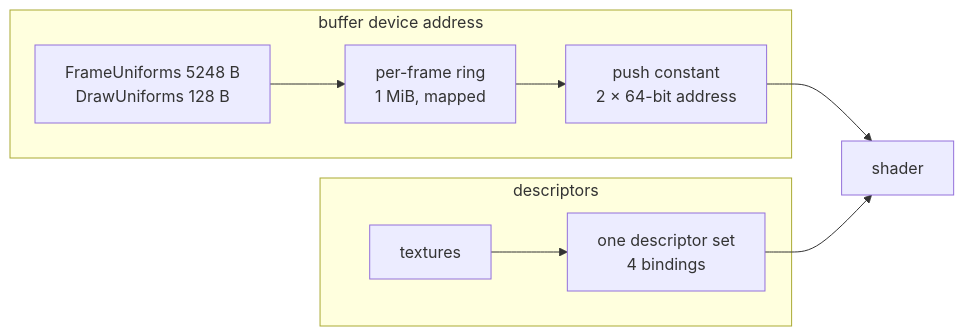
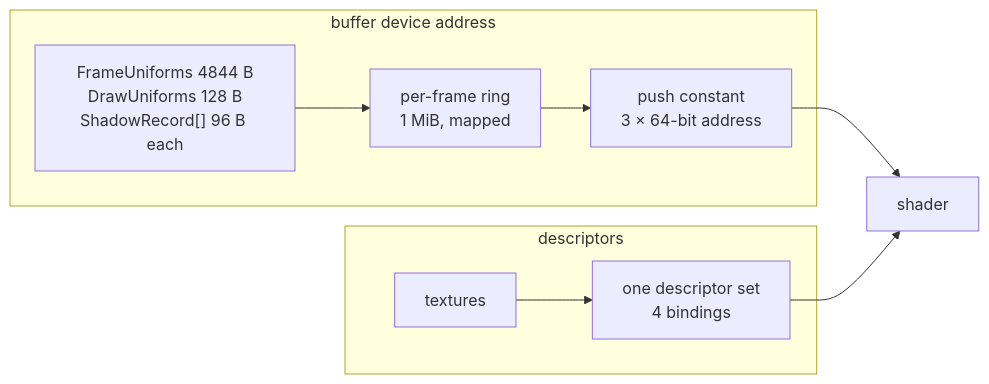
One commit to Zephyr75/overdrive changed the fourth of 5 diagrams in notes/OVERVIEW.md. Above: the diagram before and after it, drawn with Mermaid. The commit also changed other lines of this file and 26 other files, not shown here.

````diff
--- a/notes/OVERVIEW.md
+++ b/notes/OVERVIEW.md
@@ -130,12 +134,12 @@
 ```mermaid
 graph LR
     subgraph BDA["buffer device address"]
-        U["FrameUniforms 5248 B<br/>DrawUniforms 128 B"] --> RG["per-frame ring<br/>1 MiB, mapped"]
-        RG --> PC["push constant<br/>2 × 64-bit address"]
+        U["FrameUniforms 4844 B<br/>DrawUniforms 128 B<br/>ShadowRecord[] 96 B each"] --> RG["per-frame ring<br/>1 MiB, mapped"]
+        RG --> PC["push constant<br/>3 × 64-bit address"]
     end
     subgraph DESC["descriptors"]
         T["textures"] --> DS["one descriptor set<br/>4 bindings"]
     end
     PC --> SH["shader"]
     DS --> SH
 ```
````
